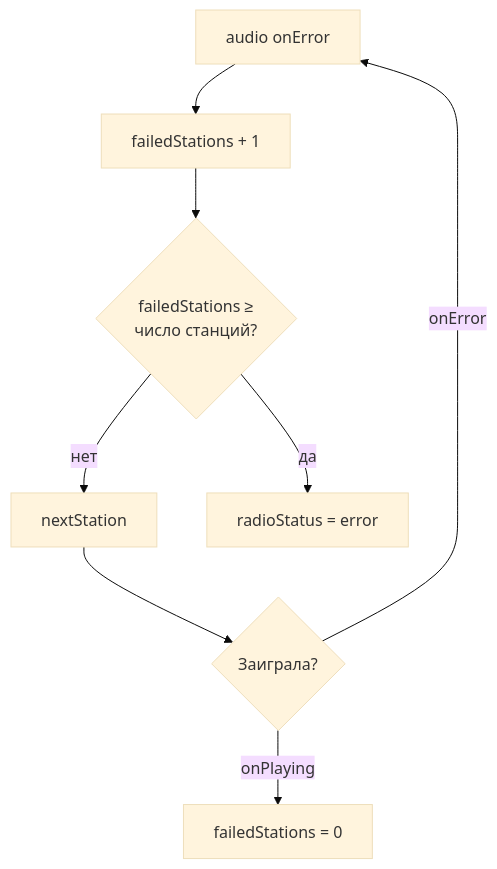
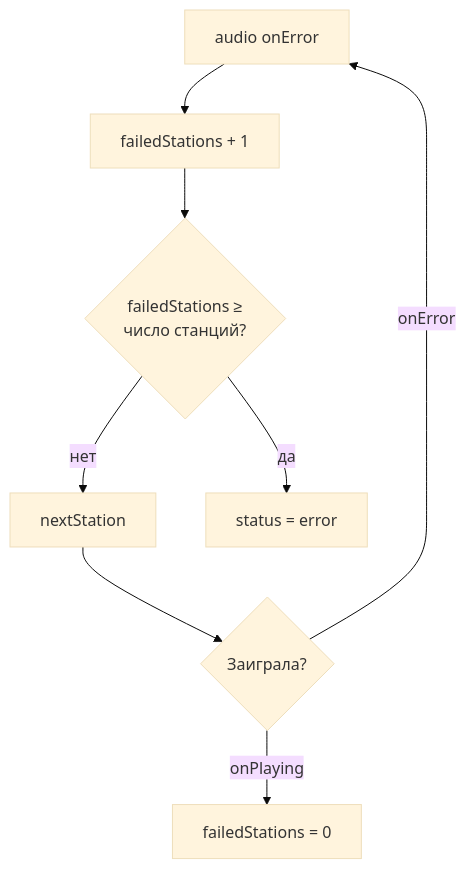
The fourth of 4 diagrams in docs/radio.md (kagulion/tempo), drawn with Mermaid (base theme) before and after one commit. The commit also changed other lines of this file and 10 other files, not shown here.

````diff
--- a/docs/radio.md
+++ b/docs/radio.md
@@ -83,10 +89,10 @@
 ```mermaid
 flowchart TD
     A["audio onError"] --> B[failedStations + 1]
     B --> C{failedStations ≥<br/>число станций?}
     C -- нет --> D[nextStation]
     D --> E{Заиграла?}
     E -- "onPlaying" --> F[failedStations = 0]
     E -- "onError" --> A
-    C -- да --> G["radioStatus = error"]
+    C -- да --> G["status = error"]
 ```
````
